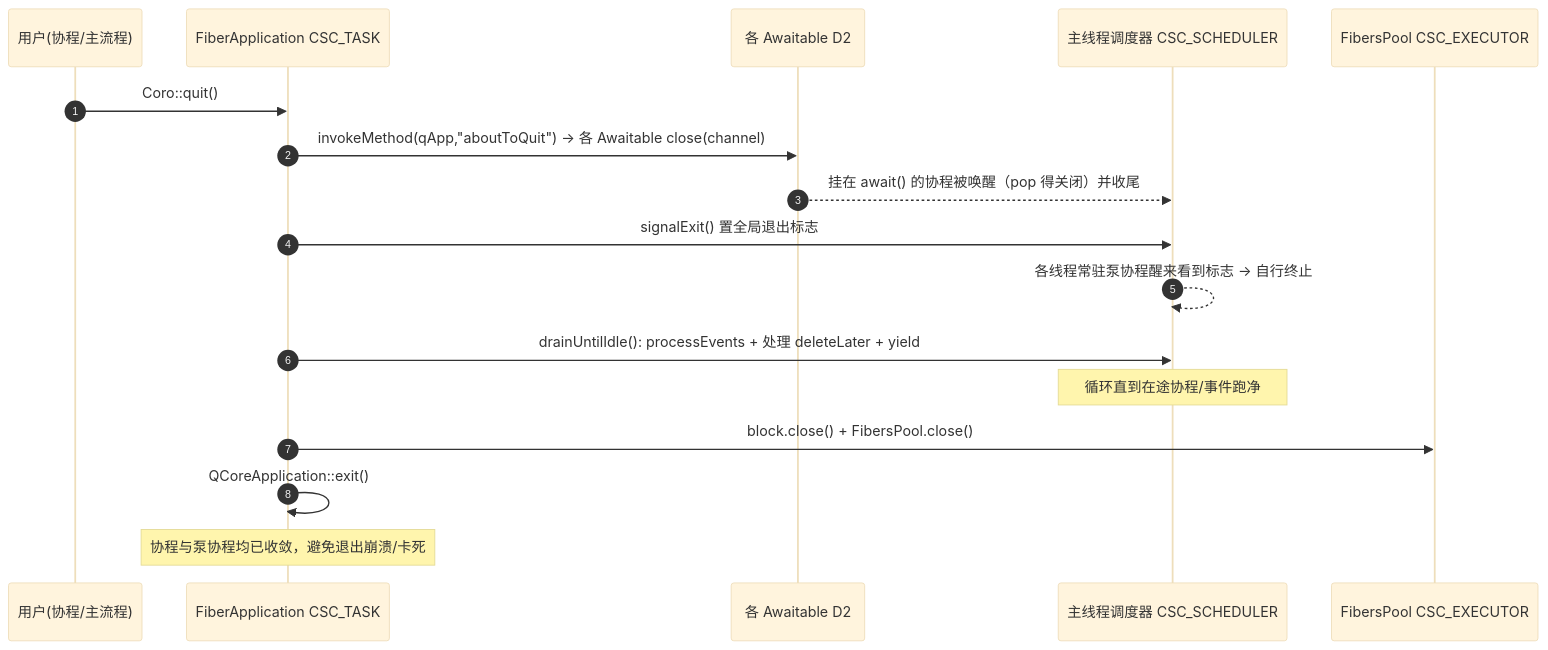
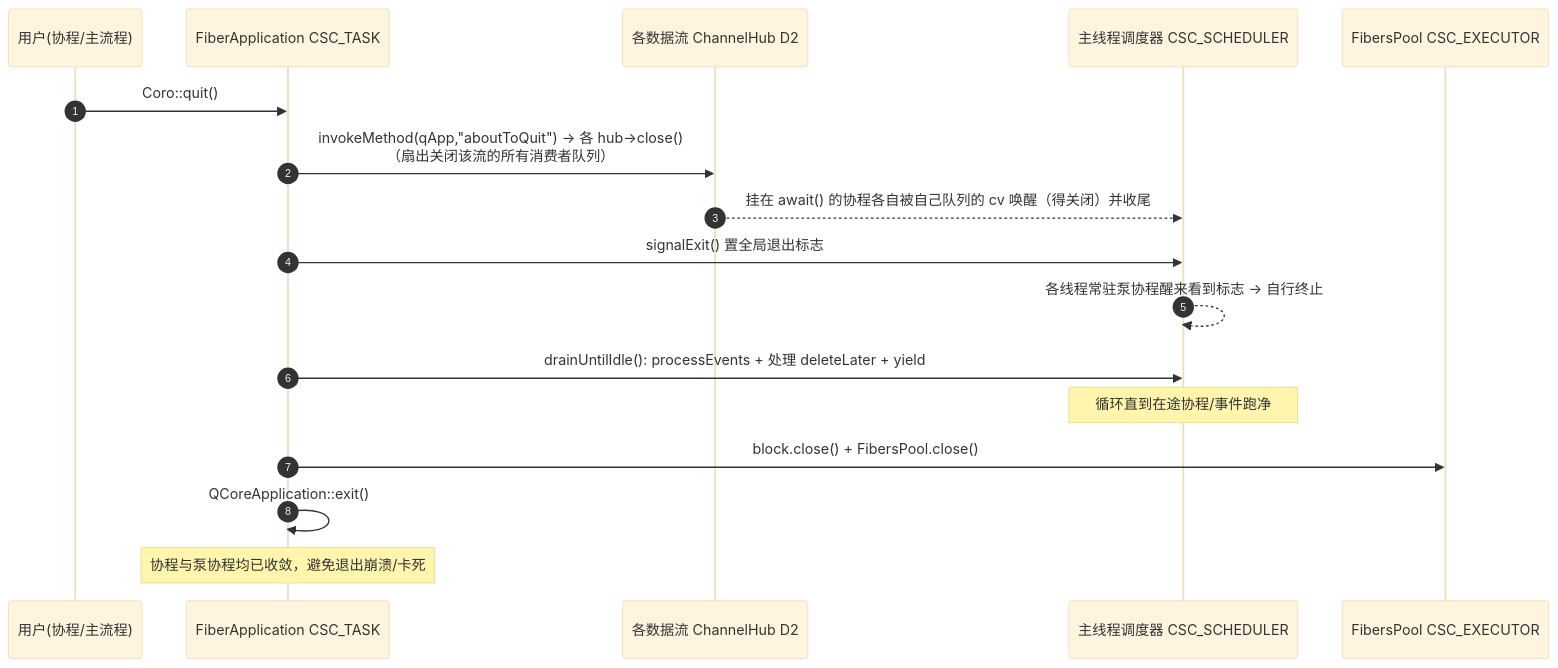
Before and after one commit to Ste7an-cs/AsyncTask: the diagram in doc/img/sdd-13-ms_safe_exit.mmd, drawn with Mermaid (base theme). The commit also changed 9 other files, not shown here.

First line of the commit message:
docs: 按 ChannelHub 与状态模式重画全部相关图表

```diff
--- a/doc/img/sdd-13-ms_safe_exit.mmd
+++ b/doc/img/sdd-13-ms_safe_exit.mmd
@@ -1,18 +1,18 @@
 sequenceDiagram
     autonumber
     participant U as 用户(协程/主流程)
     participant App as FiberApplication CSC_TASK
-    participant AW as 各 Awaitable D2
+    participant AW as 各数据流 ChannelHub D2
     participant Sch as 主线程调度器 CSC_SCHEDULER
     participant Pool as FibersPool CSC_EXECUTOR
 
     U->>App: Coro::quit()
-    App->>AW: invokeMethod(qApp,"aboutToQuit") → 各 Awaitable close(channel)
-    AW-->>Sch: 挂在 await() 的协程被唤醒（pop 得关闭）并收尾
+    App->>AW: invokeMethod(qApp,"aboutToQuit") → 各 hub->close()<br/>（扇出关闭该流的所有消费者队列）
+    AW-->>Sch: 挂在 await() 的协程各自被自己队列的 cv 唤醒（得关闭）并收尾
     App->>Sch: signalExit() 置全局退出标志
     Sch-->>Sch: 各线程常驻泵协程醒来看到标志 → 自行终止
     App->>Sch: drainUntilIdle(): processEvents + 处理 deleteLater + yield
     Note over Sch: 循环直到在途协程/事件跑净
     App->>Pool: block.close() + FibersPool.close()
     App->>App: QCoreApplication::exit()
     Note over App: 协程与泵协程均已收敛，避免退出崩溃/卡死
```
